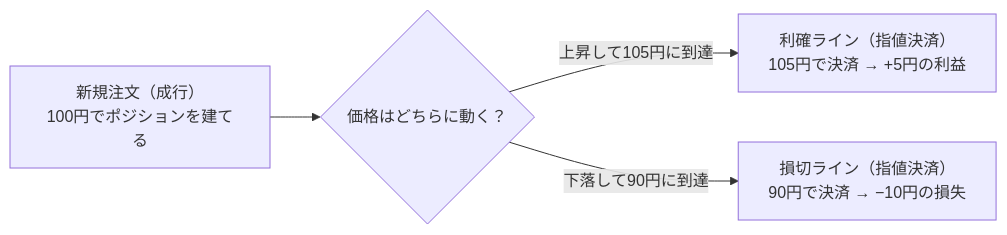
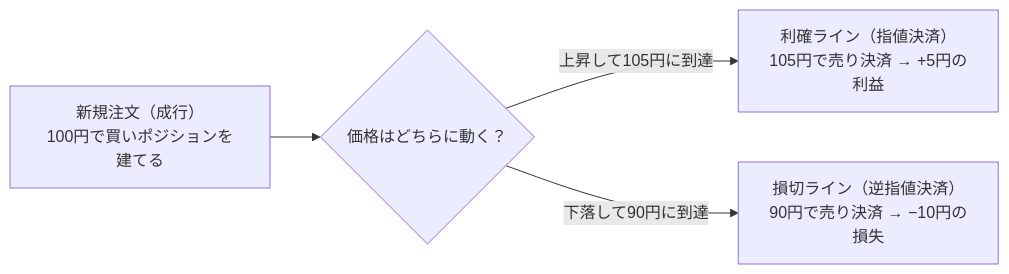
Before and after one commit to annarosalees/finance-notes: the diagram in notes/cfd-basics.md, drawn with Mermaid. The commit also changed other lines of this file, not shown here.

````diff
--- a/notes/cfd-basics.md
+++ b/notes/cfd-basics.md
@@ -432,6 +440,6 @@
 ```mermaid
 graph LR
-    A["新規注文（成行）<br/>100円でポジションを建てる"] --> B{価格はどちらに動く？}
-    B -->|上昇して105円に到達| C["利確ライン（指値決済）<br/>105円で決済 → +5円の利益"]
-    B -->|下落して90円に到達| D["損切ライン（指値決済）<br/>90円で決済 → −10円の損失"]
+    A["新規注文（成行）<br/>100円で買いポジションを建てる"] --> B{価格はどちらに動く？}
+    B -->|上昇して105円に到達| C["利確ライン（指値決済）<br/>105円で売り決済 → +5円の利益"]
+    B -->|下落して90円に到達| D["損切ライン（逆指値決済）<br/>90円で売り決済 → −10円の損失"]
 ```
````
